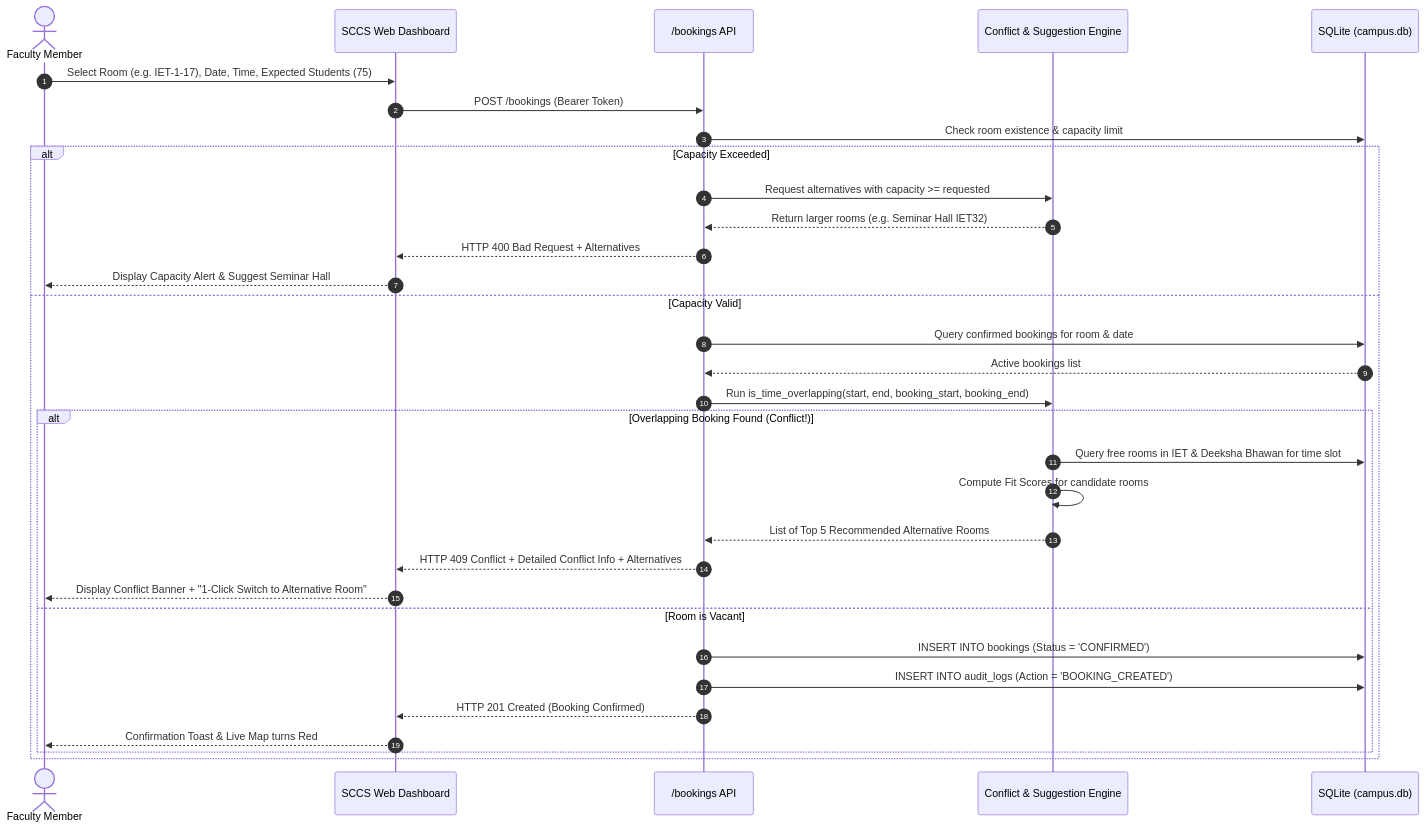
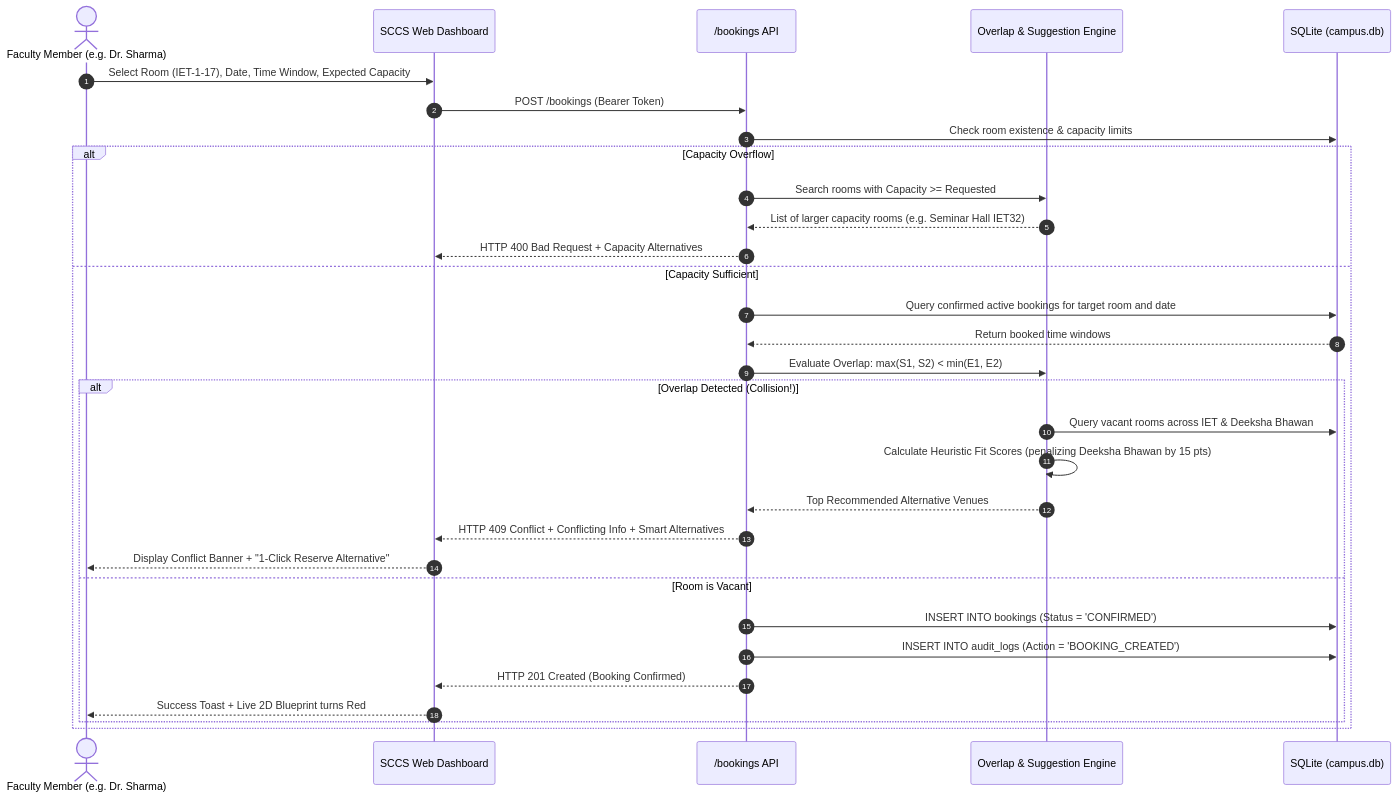
The second of 4 diagrams in DOCS.md (ayushsrivastav9598-glitch/sccs), drawn with Mermaid before and after one commit. The commit also changed other lines of this file and 2 other files, not shown here.

````diff
--- a/DOCS.md
+++ b/DOCS.md
@@ -141,35 +145,34 @@
 ```mermaid
 sequenceDiagram
     autonumber
-    actor Faculty as Faculty Member
+    actor Faculty as Faculty Member (e.g. Dr. Sharma)
     participant UI as SCCS Web Dashboard
     participant API as /bookings API
-    participant Engine as Conflict & Suggestion Engine
+    participant Engine as Overlap & Suggestion Engine
     participant DB as SQLite (campus.db)
 
-    Faculty->>UI: Select Room (e.g. IET-1-17), Date, Time, Expected Students (75)
+    Faculty->>UI: Select Room (IET-1-17), Date, Time Window, Expected Capacity
     UI->>API: POST /bookings (Bearer Token)
-    API->>DB: Check room existence & capacity limit
-    alt Capacity Exceeded
-        API->>Engine: Request alternatives with capacity >= requested
-        Engine-->>API: Return larger rooms (e.g. Seminar Hall IET32)
-        API-->>UI: HTTP 400 Bad Request + Alternatives
-        UI-->>Faculty: Display Capacity Alert & Suggest Seminar Hall
-    else Capacity Valid
-        API->>DB: Query confirmed bookings for room & date
-        DB-->>API: Active bookings list
-        API->>Engine: Run is_time_overlapping(start, end, booking_start, booking_end)
-        alt Overlapping Booking Found (Conflict!)
-            Engine->>DB: Query free rooms in IET & Deeksha Bhawan for time slot
-            Engine->>Engine: Compute Fit Scores for candidate rooms
-            Engine-->>API: List of Top 5 Recommended Alternative Rooms
-            API-->>UI: HTTP 409 Conflict + Detailed Conflict Info + Alternatives
-            UI-->>Faculty: Display Conflict Banner + "1-Click Switch to Alternative Room"
+    API->>DB: Check room existence & capacity limits
+    alt Capacity Overflow
+        API->>Engine: Search rooms with Capacity >= Requested
+        Engine-->>API: List of larger capacity rooms (e.g. Seminar Hall IET32)
+        API-->>UI: HTTP 400 Bad Request + Capacity Alternatives
+    else Capacity Sufficient
+        API->>DB: Query confirmed active bookings for target room and date
+        DB-->>API: Return booked time windows
+        API->>Engine: Evaluate Overlap: max(S1, S2) < min(E1, E2)
+        alt Overlap Detected (Collision!)
+            Engine->>DB: Query vacant rooms across IET & Deeksha Bhawan
+            Engine->>Engine: Calculate Heuristic Fit Scores (penalizing Deeksha Bhawan by 15 pts)
+            Engine-->>API: Top Recommended Alternative Venues
+            API-->>UI: HTTP 409 Conflict + Conflicting Info + Smart Alternatives
+            UI-->>Faculty: Display Conflict Banner + "1-Click Reserve Alternative"
         else Room is Vacant
             API->>DB: INSERT INTO bookings (Status = 'CONFIRMED')
             API->>DB: INSERT INTO audit_logs (Action = 'BOOKING_CREATED')
             API-->>UI: HTTP 201 Created (Booking Confirmed)
-            UI-->>Faculty: Confirmation Toast & Live Map turns Red
+            UI-->>Faculty: Success Toast + Live 2D Blueprint turns Red
         end
     end
 ```
````
